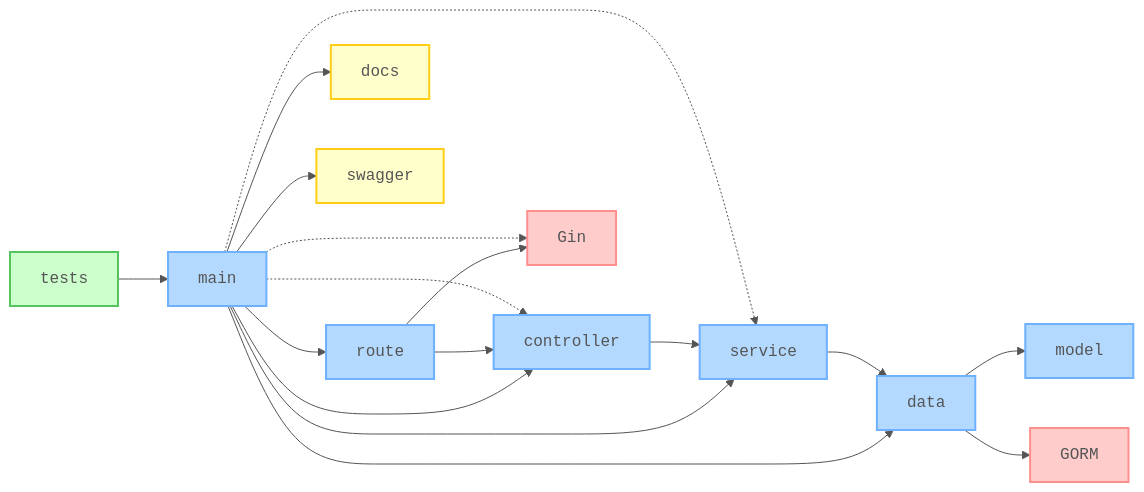
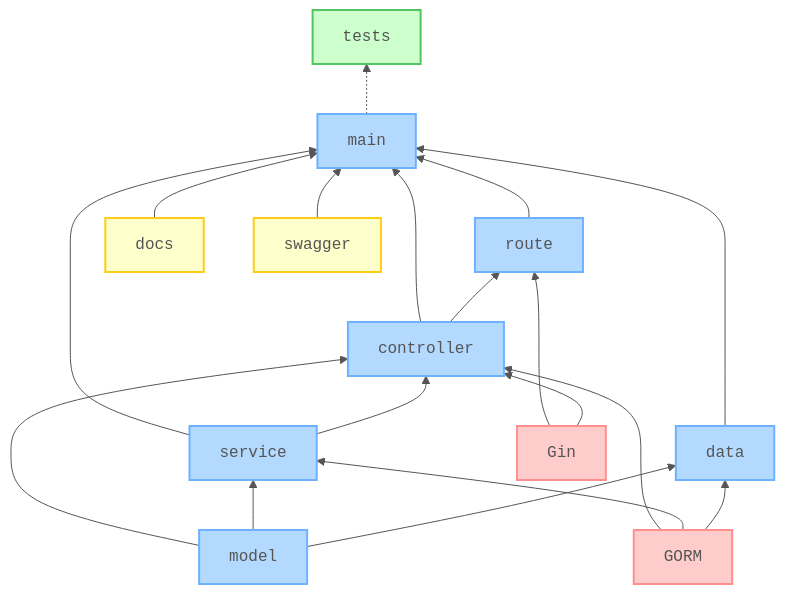
Before and after one commit to nanotaboada/go-samples-gin-restful: the diagram in README.md, drawn with Mermaid. The commit also changed other lines of this file, not shown here.

Commit message:
docs: refresh architecture diagram and add AI badges

````diff
--- a/README.md
+++ b/README.md
@@ -90,62 +93,61 @@
 ```mermaid
 %%{init: {
   "theme": "default",
   "themeVariables": {
     "fontFamily": "Fira Code, Consolas, monospace",
     "textColor": "#555",
     "lineColor": "#555",
     "lineWidth": 2
   }
 }}%%
 
-graph LR
+graph BT
     %% Core application packages
     main[main]
     route[route]
     controller[controller]
     service[service]
     data[data]
     model[model]
 
     %% Supporting features
     docs[docs]
     swagger[swagger]
 
     %% External dependencies
     gin[Gin]
     gorm[GORM]
 
     %% Test coverage
     tests[tests]
 
-    %% Module dependencies (solid arrows = imports)
-    main --> data
-    main --> service
-    main --> controller
-    main --> route
-    main --> swagger
-    main --> docs
-    route --> controller
-    controller --> service
-    service --> data
-    data --> model
-    data --> gorm
-    route --> gin
-    tests --> main
-
-    %% Runtime composition (dotted arrows = main creates/wires)
-    main -.-> gin
-    main -.-> service
-    main -.-> controller
+    %% Module dependencies (solid arrows = is imported by)
+    controller --> main
+    data --> main
+    route --> main
+    service --> main
+    swagger --> main
+    docs --> main
+    gin --> route
+    controller --> route
+    gin --> controller
+    model --> controller
+    service --> controller
+    gorm --> controller
+    model --> service
+    gorm --> service
+    model --> data
+    gorm --> data
+    main -.-> tests
 
     %% Node styling
     classDef core fill:#b3d9ff,stroke:#6db1ff,stroke-width:2px,color:#555,font-family:monospace;
     classDef support fill:#ffffcc,stroke:#fdce15,stroke-width:2px,color:#555,font-family:monospace;
     classDef deps fill:#ffcccc,stroke:#ff8f8f,stroke-width:2px,color:#555,font-family:monospace;
     classDef test fill:#ccffcc,stroke:#53c45e,stroke-width:2px,color:#555,font-family:monospace;
 
     class main,route,controller,service,data,model core
     class docs,swagger support
     class gin,gorm deps
     class tests test
 ```
````
